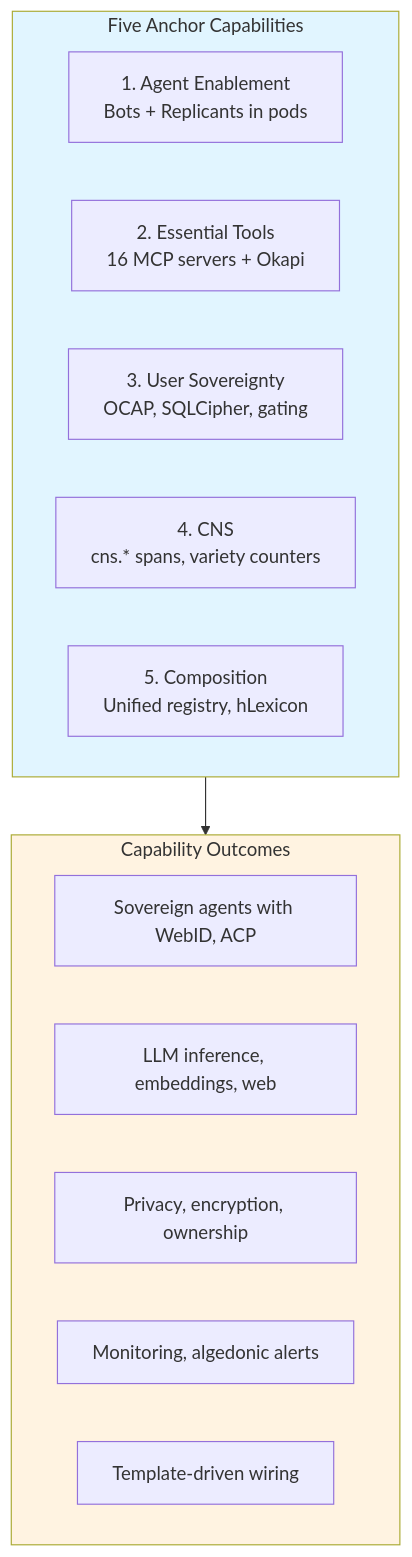
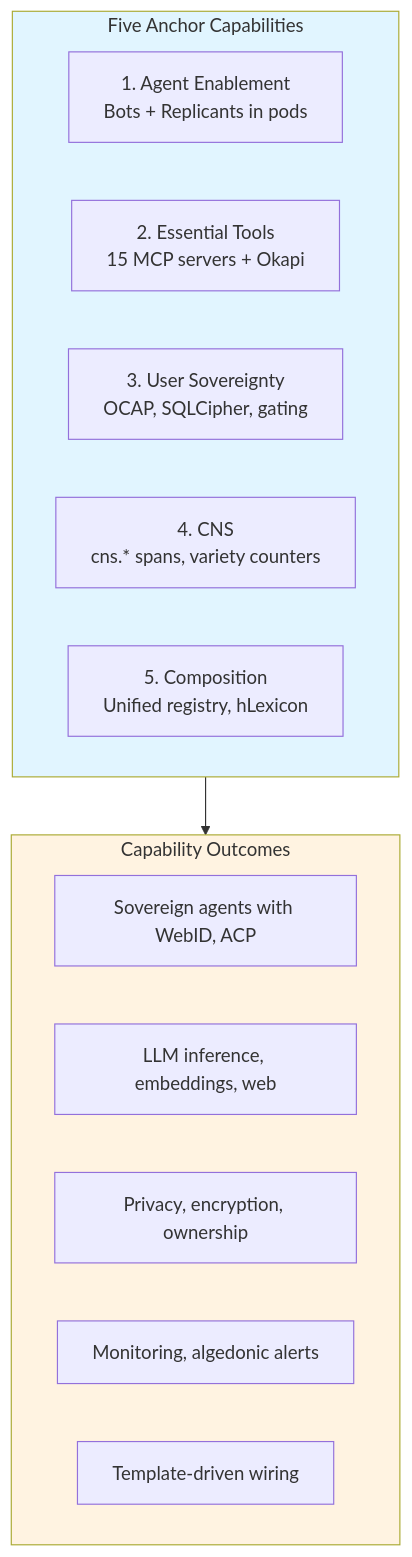
The first of 2 diagrams in docs/architecture/PRINCIPLES.md (mdz-axo/hKask), drawn with Mermaid before and after one commit. The commit also changed 10 other files, not shown here.

````diff
--- a/docs/architecture/PRINCIPLES.md
+++ b/docs/architecture/PRINCIPLES.md
@@ -24,23 +24,23 @@
 ```mermaid
 graph TD
     subgraph Anchors[Five Anchor Capabilities]
         A1[1. Agent Enablement<br/>Bots + Replicants in pods]
-        A2[2. Essential Tools<br/>16 MCP servers + Okapi]
+        A2[2. Essential Tools<br/>15 MCP servers + Okapi]
         A3[3. User Sovereignty<br/>OCAP, SQLCipher, gating]
         A4[4. CNS<br/>cns.* spans, variety counters]
         A5[5. Composition<br/>Unified registry, hLexicon]
     end
     
     subgraph Outcomes[Capability Outcomes]
         O1[Sovereign agents with WebID, ACP]
         O2[LLM inference, embeddings, web]
         O3[Privacy, encryption, ownership]
         O4[Monitoring, algedonic alerts]
         O5[Template-driven wiring]
     end
     
     Anchors --> Outcomes
     
     style Anchors fill:#e1f5ff
     style Outcomes fill:#fff3e1
 ```
````
